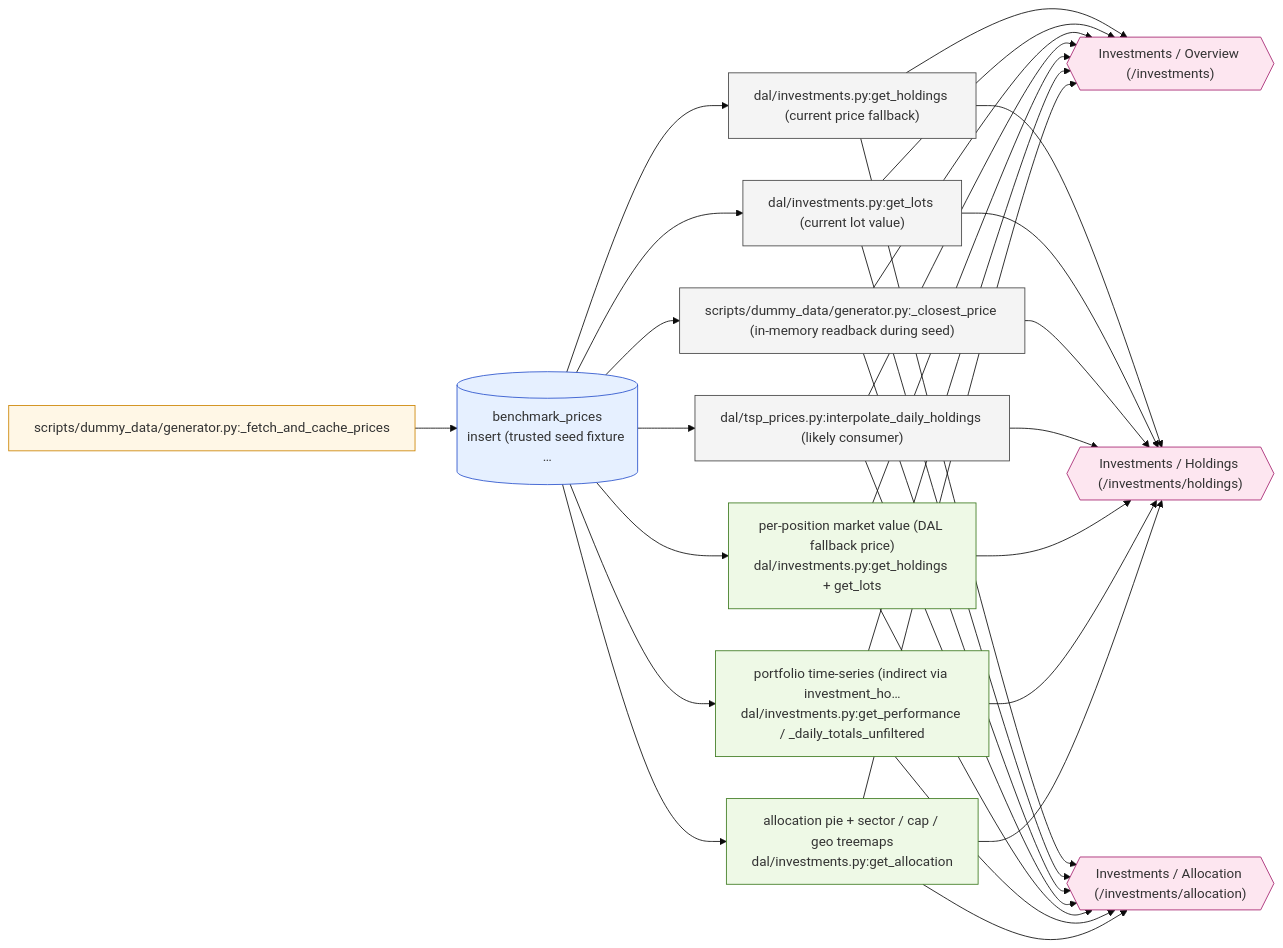
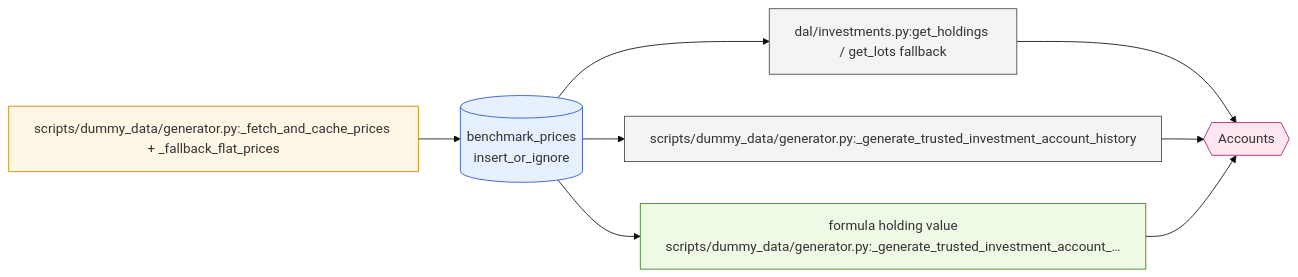
One commit to wileyqe/Sentry-Finance changed the diagram in docs/data-lineage/diagrams/market_price_tick.mmd. Above: the diagram before and after it, drawn with Mermaid (base theme). The commit also changed 44 other files, not shown here.

Commit message:
Simplify canonical investment seed

```diff
--- a/docs/data-lineage/diagrams/market_price_tick.mmd
+++ b/docs/data-lineage/diagrams/market_price_tick.mmd
@@ -1,57 +1,29 @@
 %% Auto-generated by build_diagrams.py — do not edit by hand.
 %% Event: market_price_tick (class: external_force)
 %% Market price tick (trusted fixture close)
 graph LR
-  origin["scripts/dummy_data/generator.py:_fetch_and_cache_prices"]
-  tbl_benchmark_prices[("benchmark_prices<br/>insert (trusted seed fixture …")]
+  origin["scripts/dummy_data/generator.py:_fetch_and_cache_prices + _fallback_flat_prices"]
+  tbl_benchmark_prices[("benchmark_prices<br/>insert_or_ignore")]
   origin --> tbl_benchmark_prices
-  dc0_get_holdings_current_price_fallback["dal/investments.py:get_holdings (current price fallback)"]
-  dc1_get_lots_current_lot_value["dal/investments.py:get_lots (current lot value)"]
-  dc2_closest_price_in_memory_readback_during_seed["scripts/dummy_data/generator.py:_closest_price (in-memory readback during seed)"]
-  dc3_interpolate_daily_holdings_likely_consumer["dal/tsp_prices.py:interpolate_daily_holdings (likely consumer)"]
-  dv0_per_position_market_value_DAL_fallback_price["per-position market value (DAL fallback price)<br/>dal/investments.py:get_holdings + get_lots"]
-  dv1_portfolio_time_series_indirect_via_investment_holdings_m["portfolio time-series (indirect via investment_ho…<br/>dal/investments.py:get_performance / _daily_totals_unfiltered"]
-  dv2_allocation_pie_sector_cap_geo_treemaps["allocation pie + sector / cap / geo treemaps<br/>dal/investments.py:get_allocation"]
-  tbl_benchmark_prices --> dc0_get_holdings_current_price_fallback
-  tbl_benchmark_prices --> dc1_get_lots_current_lot_value
-  tbl_benchmark_prices --> dc2_closest_price_in_memory_readback_during_seed
-  tbl_benchmark_prices --> dc3_interpolate_daily_holdings_likely_consumer
-  tbl_benchmark_prices --> dv0_per_position_market_value_DAL_fallback_price
-  tbl_benchmark_prices --> dv1_portfolio_time_series_indirect_via_investment_holdings_m
-  tbl_benchmark_prices --> dv2_allocation_pie_sector_cap_geo_treemaps
-  ui0_Investments_Overview_investments{{"Investments / Overview (/investments)"}}
-  ui1_Investments_Holdings_investments_holdings{{"Investments / Holdings (/investments/holdings)"}}
-  ui2_Investments_Allocation_investments_allocation{{"Investments / Allocation (/investments/allocation)"}}
-  dc0_get_holdings_current_price_fallback --> ui0_Investments_Overview_investments
-  dc1_get_lots_current_lot_value --> ui0_Investments_Overview_investments
-  dc2_closest_price_in_memory_readback_during_seed --> ui0_Investments_Overview_investments
-  dc3_interpolate_daily_holdings_likely_consumer --> ui0_Investments_Overview_investments
-  dv0_per_position_market_value_DAL_fallback_price --> ui0_Investments_Overview_investments
-  dv1_portfolio_time_series_indirect_via_investment_holdings_m --> ui0_Investments_Overview_investments
-  dv2_allocation_pie_sector_cap_geo_treemaps --> ui0_Investments_Overview_investments
-  dc0_get_holdings_current_price_fallback --> ui1_Investments_Holdings_investments_holdings
-  dc1_get_lots_current_lot_value --> ui1_Investments_Holdings_investments_holdings
-  dc2_closest_price_in_memory_readback_during_seed --> ui1_Investments_Holdings_investments_holdings
-  dc3_interpolate_daily_holdings_likely_consumer --> ui1_Investments_Holdings_investments_holdings
-  dv0_per_position_market_value_DAL_fallback_price --> ui1_Investments_Holdings_investments_holdings
-  dv1_portfolio_time_series_indirect_via_investment_holdings_m --> ui1_Investments_Holdings_investments_holdings
-  dv2_allocation_pie_sector_cap_geo_treemaps --> ui1_Investments_Holdings_investments_holdings
-  dc0_get_holdings_current_price_fallback --> ui2_Investments_Allocation_investments_allocation
-  dc1_get_lots_current_lot_value --> ui2_Investments_Allocation_investments_allocation
-  dc2_closest_price_in_memory_readback_during_seed --> ui2_Investments_Allocation_investments_allocation
-  dc3_interpolate_daily_holdings_likely_consumer --> ui2_Investments_Allocation_investments_allocation
-  dv0_per_position_market_value_DAL_fallback_price --> ui2_Investments_Allocation_investments_allocation
-  dv1_portfolio_time_series_indirect_via_investment_holdings_m --> ui2_Investments_Allocation_investments_allocation
-  dv2_allocation_pie_sector_cap_geo_treemaps --> ui2_Investments_Allocation_investments_allocation
+  dc0_get_holdings_get_lots_fallback["dal/investments.py:get_holdings / get_lots fallback"]
+  dc1_generate_trusted_investment_account_history["scripts/dummy_data/generator.py:_generate_trusted_investment_account_history"]
+  dv0_formula_holding_value["formula holding value<br/>scripts/dummy_data/generator.py:_generate_trusted_investment_account_…"]
+  tbl_benchmark_prices --> dc0_get_holdings_get_lots_fallback
+  tbl_benchmark_prices --> dc1_generate_trusted_investment_account_history
+  tbl_benchmark_prices --> dv0_formula_holding_value
+  ui0_Accounts{{"Accounts"}}
+  dc0_get_holdings_get_lots_fallback --> ui0_Accounts
+  dc1_generate_trusted_investment_account_history --> ui0_Accounts
+  dv0_formula_holding_value --> ui0_Accounts
 
   classDef origin fill:#fff7e6,stroke:#cc8400,stroke-width:1px;
   classDef table fill:#e6f0ff,stroke:#2952cc,stroke-width:1px;
   classDef consumer fill:#f4f4f4,stroke:#444,stroke-width:1px;
   classDef derivation fill:#eef9e6,stroke:#3d7a1f,stroke-width:1px;
   classDef ui fill:#fde6f0,stroke:#a5226f,stroke-width:1px;
   classDef effect fill:#f6e6ff,stroke:#5e2a82,stroke-width:1px;
   class origin origin;
   class tbl_benchmark_prices table;
-  class dc0_get_holdings_current_price_fallback,dc1_get_lots_current_lot_value,dc2_closest_price_in_memory_readback_during_seed,dc3_interpolate_daily_holdings_likely_consumer consumer;
-  class dv0_per_position_market_value_DAL_fallback_price,dv1_portfolio_time_series_indirect_via_investment_holdings_m,dv2_allocation_pie_sector_cap_geo_treemaps derivation;
-  class ui0_Investments_Overview_investments,ui1_Investments_Holdings_investments_holdings,ui2_Investments_Allocation_investments_allocation ui;
+  class dc0_get_holdings_get_lots_fallback,dc1_generate_trusted_investment_account_history consumer;
+  class dv0_formula_holding_value derivation;
+  class ui0_Accounts ui;
```
